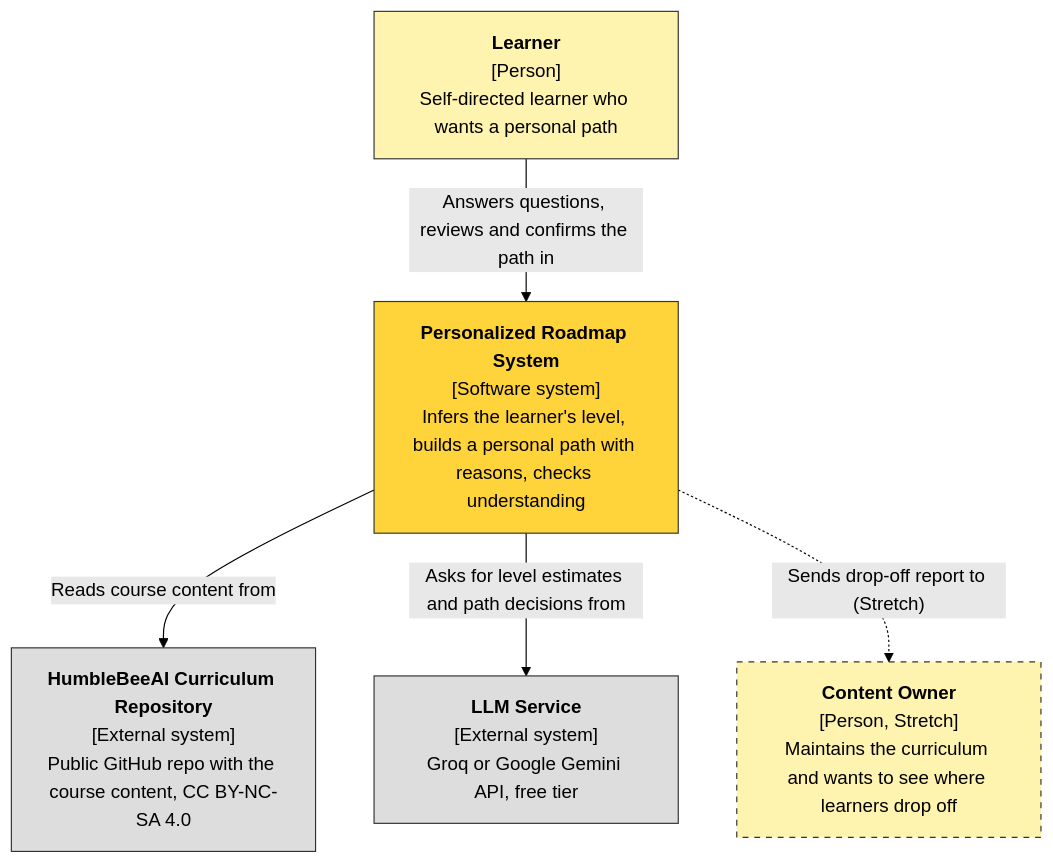
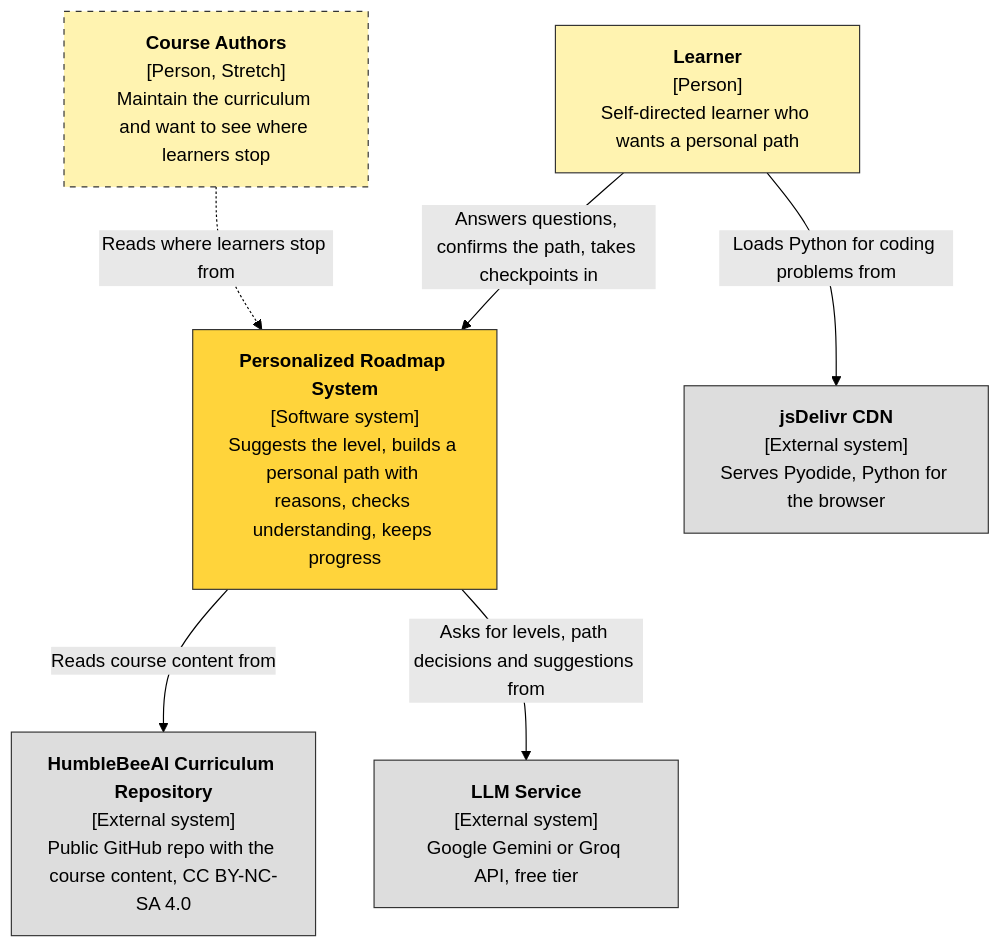
The first of 2 diagrams in docs/architecture.md (mishalilia/personalized-roadmap), drawn with Mermaid (forest theme) before and after one commit. The commit also changed other lines of this file and 46 other files, not shown here.

````diff
--- a/docs/architecture.md
+++ b/docs/architecture.md
@@ -16,22 +15,24 @@
 ```mermaid
 flowchart TB
     learner["<b>Learner</b><br/>[Person]<br/>Self-directed learner who wants a personal path"]
-    owner["<b>Content Owner</b><br/>[Person, Stretch]<br/>Maintains the curriculum and wants to see where learners drop off"]
-    system["<b>Personalized Roadmap System</b><br/>[Software system]<br/>Infers the learner's level, builds a personal path with reasons, checks understanding"]
+    owner["<b>Course Authors</b><br/>[Person, Stretch]<br/>Maintain the curriculum and want to see where learners stop"]
+    system["<b>Personalized Roadmap System</b><br/>[Software system]<br/>Suggests the level, builds a personal path with reasons, checks understanding, keeps progress"]
     curriculum["<b>HumbleBeeAI Curriculum Repository</b><br/>[External system]<br/>Public GitHub repo with the course content, CC BY-NC-SA 4.0"]
-    llm["<b>LLM Service</b><br/>[External system]<br/>Groq or Google Gemini API, free tier"]
+    llm["<b>LLM Service</b><br/>[External system]<br/>Google Gemini or Groq API, free tier"]
+    cdn["<b>jsDelivr CDN</b><br/>[External system]<br/>Serves Pyodide, Python for the browser"]
 
-    learner -->|"Answers questions, reviews and confirms the path in"| system
+    learner -->|"Answers questions, confirms the path, takes checkpoints in"| system
     system -->|"Reads course content from"| curriculum
-    system -->|"Asks for level estimates and path decisions from"| llm
-    system -.->|"Sends drop-off report to (Stretch)"| owner
+    system -->|"Asks for levels, path decisions and suggestions from"| llm
+    learner -->|"Loads Python for coding problems from"| cdn
+    owner -.->|"Reads where learners stop from"| system
 
     classDef person fill:#fff3b0,stroke:#333
     classDef sys fill:#ffd43b,stroke:#333
     classDef ext fill:#dddddd,stroke:#333
     classDef later stroke-dasharray:5 5
     class learner,owner person
     class system sys
-    class curriculum,llm ext
+    class curriculum,llm,cdn ext
     class owner later
 ```
````
